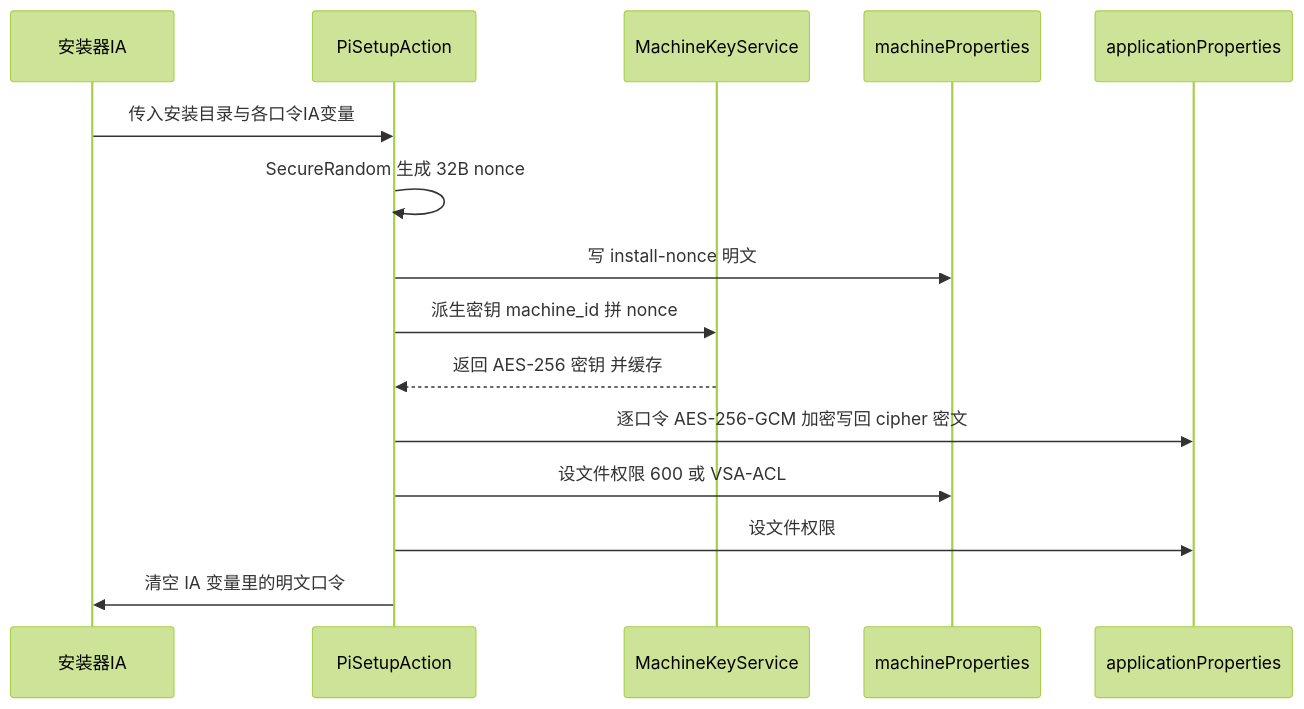
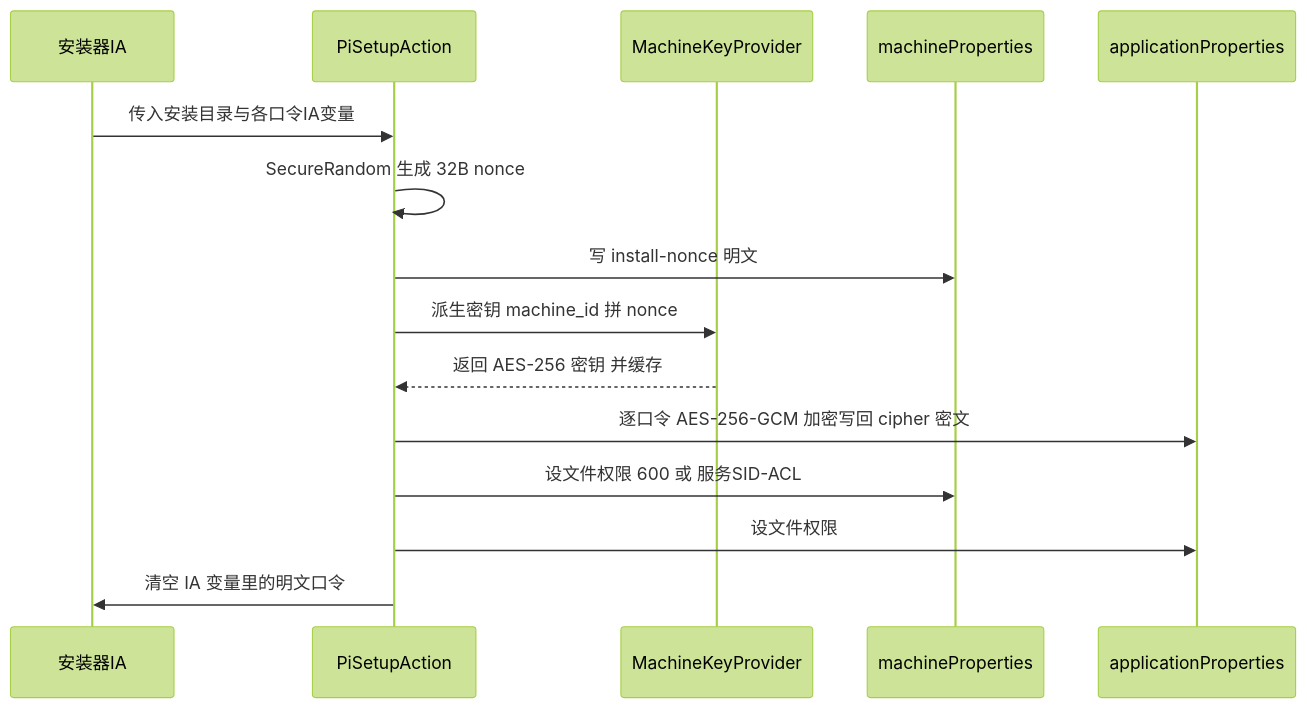
One commit to vb-wjt/study changed the fourth of 8 diagrams in origin/2-projects/vertiv/PI/experience/v4.0/security-fix/design/crypto-key-management-solution.md. Above: the diagram before and after it, drawn with Mermaid (forest theme). The commit also changed other lines of this file and 6 other files, not shown here.

````diff
--- a/origin/2-projects/vertiv/PI/experience/v4.0/security-fix/design/crypto-key-management-solution.md
+++ b/origin/2-projects/vertiv/PI/experience/v4.0/security-fix/design/crypto-key-management-solution.md
@@ -190,18 +217,18 @@
 ```mermaid
 sequenceDiagram
   participant IA as 安装器IA
   participant PSA as PiSetupAction
-  participant MKS as MachineKeyService
+  participant MKS as MachineKeyProvider
   participant MP as machineProperties
   participant AP as applicationProperties
 
   IA->>PSA: 传入安装目录与各口令IA变量
   PSA->>PSA: SecureRandom 生成 32B nonce
   PSA->>MP: 写 install-nonce 明文
   PSA->>MKS: 派生密钥 machine_id 拼 nonce
   MKS-->>PSA: 返回 AES-256 密钥 并缓存
   PSA->>AP: 逐口令 AES-256-GCM 加密写回 cipher 密文
-  PSA->>MP: 设文件权限 600 或 VSA-ACL
+  PSA->>MP: 设文件权限 600 或 服务SID-ACL
   PSA->>AP: 设文件权限
   PSA->>IA: 清空 IA 变量里的明文口令
 ```
````
